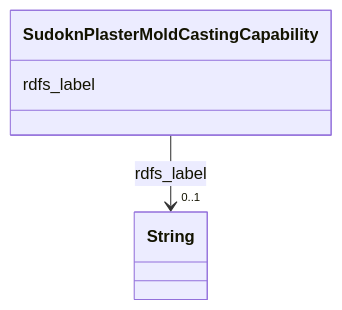
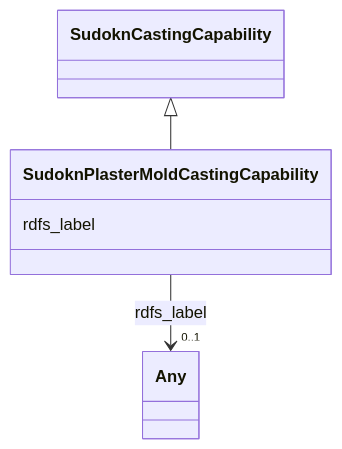
The diagram in sudokn-kg/classes/SudoknPlasterMoldCastingCapability.md (frink-okn/graph-descriptions), drawn with Mermaid before and after one commit. The commit also changed other lines of this file and 903 other files, not shown here.

````diff
--- a/sudokn-kg/classes/SudoknPlasterMoldCastingCapability.md
+++ b/sudokn-kg/classes/SudoknPlasterMoldCastingCapability.md
@@ -23,15 +18,18 @@
 ```mermaid
  classDiagram
     class SudoknPlasterMoldCastingCapability
     click SudoknPlasterMoldCastingCapability href "../SudoknPlasterMoldCastingCapability"
+      SudoknCastingCapability <|-- SudoknPlasterMoldCastingCapability
+        click SudoknCastingCapability href "../SudoknCastingCapability"
+      
       SudoknPlasterMoldCastingCapability : rdfs_label
         
           
     
     
-    SudoknPlasterMoldCastingCapability --> "0..1" String : rdfs_label
-    click String href "../String"
+    SudoknPlasterMoldCastingCapability --> "0..1" Any : rdfs_label
+    click Any href "../Any"
 
         
       
 ```
````
